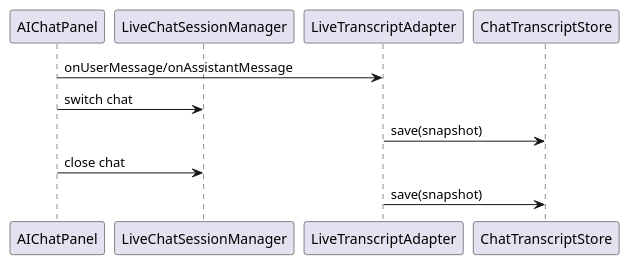
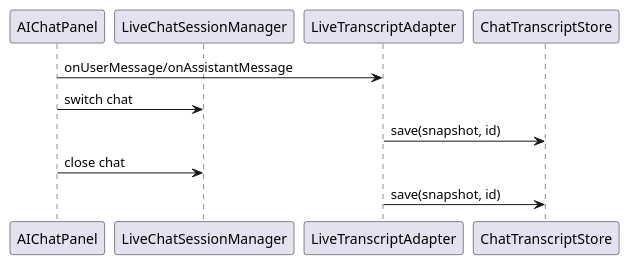
The second of 5 diagrams in freeplane_plugin_ai/specs/tasks/in-progress/tool-capable-chat-history-transcripts.md (guoranjun2/nexordia), drawn with PlantUML before and after one commit. The commit also changed other lines of this file and 1 other file, not shown here.

Commit message:
2026-01-24-chat-history-transcripts: split transcript task and refine designs

````diff
--- a/freeplane_plugin_ai/specs/tasks/in-progress/tool-capable-chat-history-transcripts.md
+++ b/freeplane_plugin_ai/specs/tasks/in-progress/tool-capable-chat-history-transcripts.md
@@ -213,13 +112,13 @@
   ```plantuml
   @startuml
   participant AIChatPanel
   participant LiveChatSessionManager
   participant LiveTranscriptAdapter
   participant ChatTranscriptStore
   AIChatPanel -> LiveTranscriptAdapter : onUserMessage/onAssistantMessage
   AIChatPanel -> LiveChatSessionManager : switch chat
-  LiveTranscriptAdapter -> ChatTranscriptStore : save(snapshot)
+  LiveTranscriptAdapter -> ChatTranscriptStore : save(snapshot, id)
   AIChatPanel -> LiveChatSessionManager : close chat
-  LiveTranscriptAdapter -> ChatTranscriptStore : save(snapshot)
+  LiveTranscriptAdapter -> ChatTranscriptStore : save(snapshot, id)
   @enduml
   ```
````
